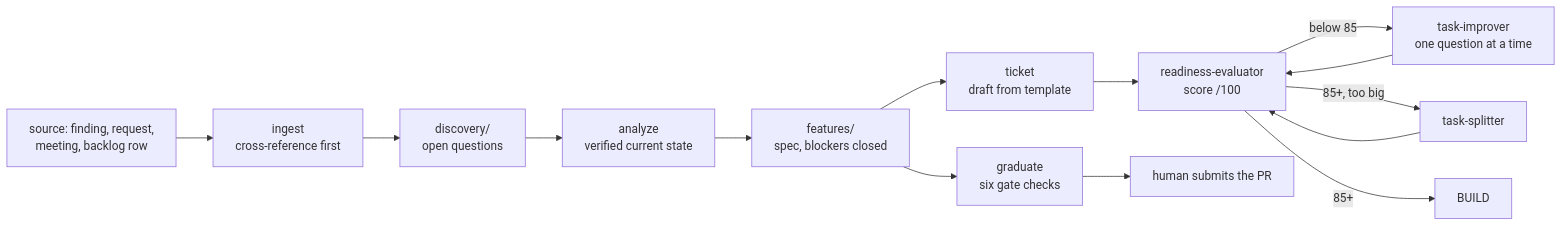
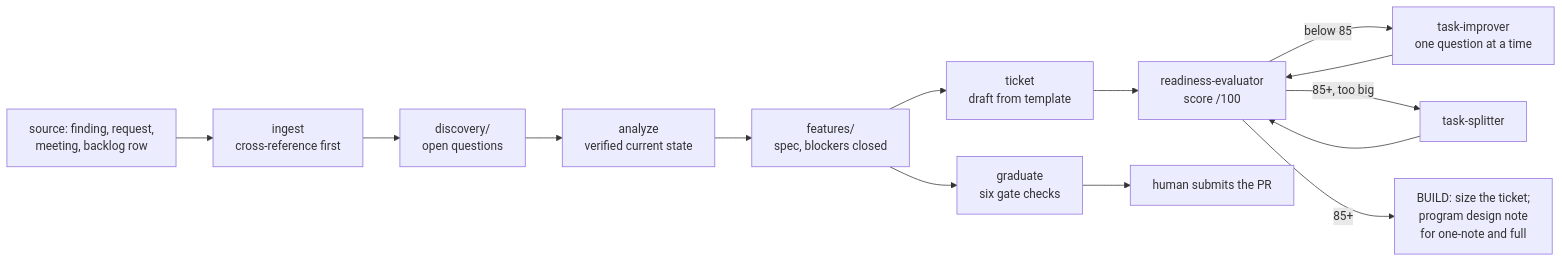
One commit to siimvene/software-factory changed the diagram in docs/14-pm-surface.md. Above: the diagram before and after it, drawn with Mermaid. The commit also changed other lines of this file and 2 other files, not shown here.

First line of the commit message:
docs(14): what the program design note needs from the ticket

````diff
--- a/docs/14-pm-surface.md
+++ b/docs/14-pm-surface.md
@@ -244,16 +293,16 @@
 ```mermaid
 flowchart LR
     S["source: finding, request,<br/>meeting, backlog row"] --> I["ingest<br/>cross-reference first"]
     I --> D["discovery/<br/>open questions"]
     D --> A["analyze<br/>verified current state"]
     A --> F["features/<br/>spec, blockers closed"]
     F --> T["ticket<br/>draft from template"]
     T --> R["readiness-evaluator<br/>score /100"]
     R -->|"below 85"| M["task-improver<br/>one question at a time"]
     M --> R
     R -->|"85+, too big"| P["task-splitter"]
     P --> R
-    R -->|"85+"| B["BUILD"]
+    R -->|"85+"| B["BUILD: size the ticket;<br/>program design note<br/>for one-note and full"]
     F --> G["graduate<br/>six gate checks"]
     G --> H["human submits the PR"]
 ```
````
